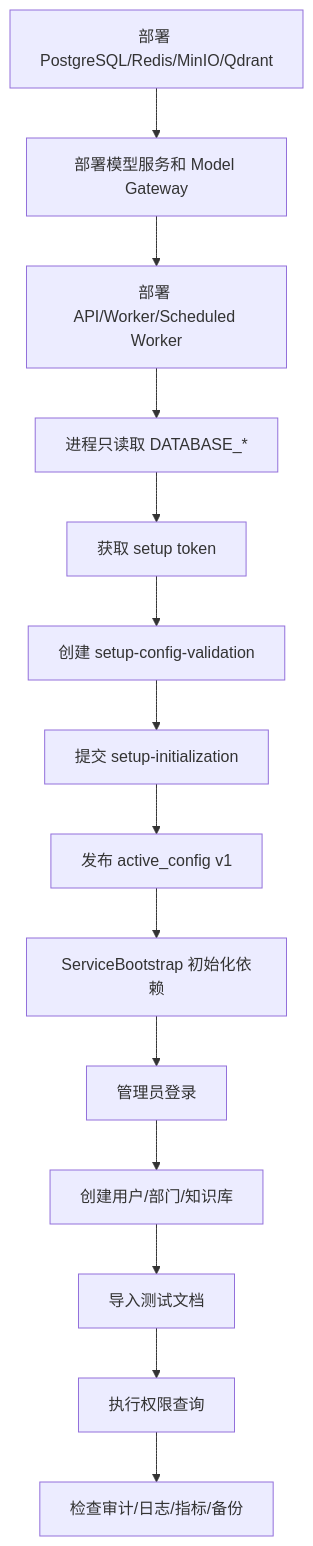
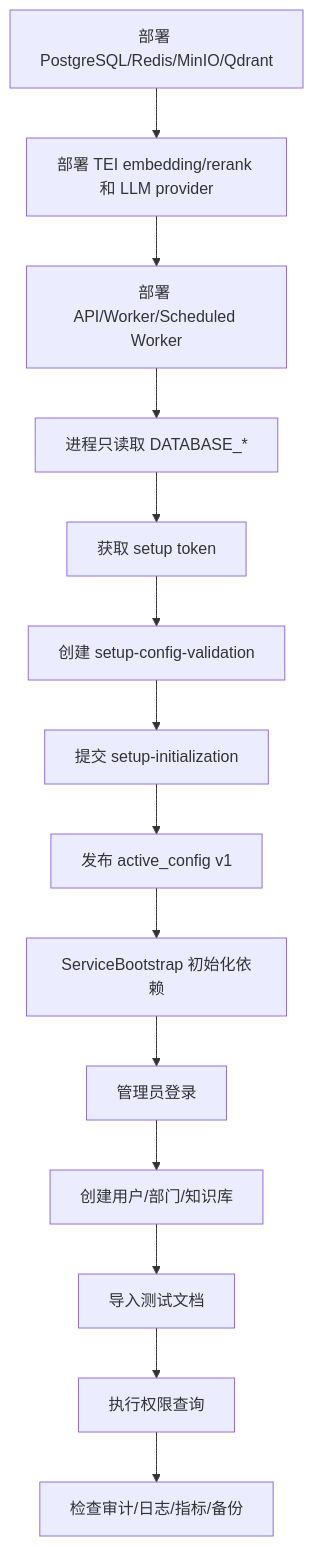
One commit to brianlee202602-dot/Little-Bear changed diagram 15 of 15 in docs/项目执行流程图.md. Above: the diagram before and after it, drawn with Mermaid. The commit also changed other lines of this file and 49 other files, not shown here.

````diff
--- a/docs/项目执行流程图.md
+++ b/docs/项目执行流程图.md
@@ -386,16 +386,16 @@
 ```mermaid
 flowchart TD
-    A[部署 PostgreSQL/Redis/MinIO/Qdrant] --> B[部署模型服务和 Model Gateway]
+    A[部署 PostgreSQL/Redis/MinIO/Qdrant] --> B[部署 TEI embedding/rerank 和 LLM provider]
     B --> C[部署 API/Worker/Scheduled Worker]
     C --> D[进程只读取 DATABASE_*]
     D --> E[获取 setup token]
     E --> F[创建 setup-config-validation]
     F --> G[提交 setup-initialization]
     G --> H[发布 active_config v1]
     H --> I[ServiceBootstrap 初始化依赖]
     I --> J[管理员登录]
     J --> K[创建用户/部门/知识库]
     K --> L[导入测试文档]
     L --> M[执行权限查询]
     M --> N[检查审计/日志/指标/备份]
 ```
````
